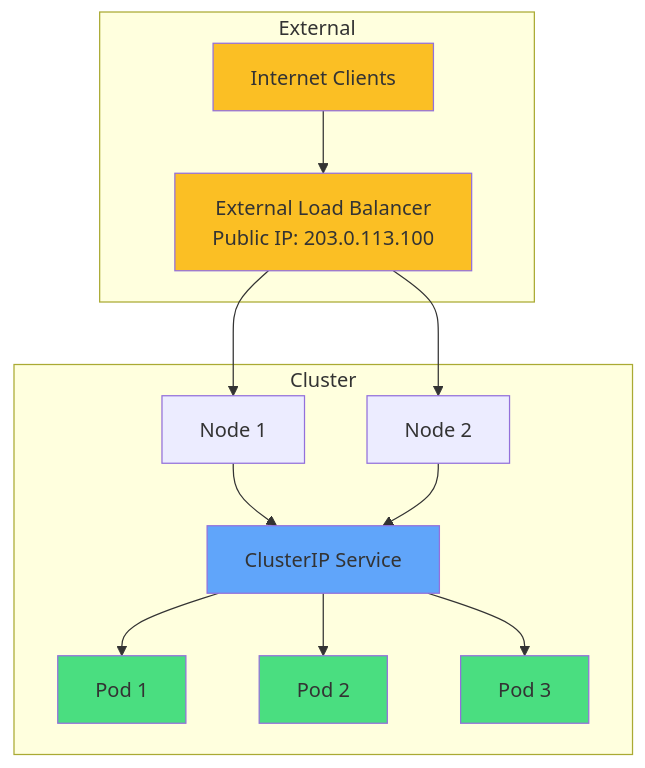
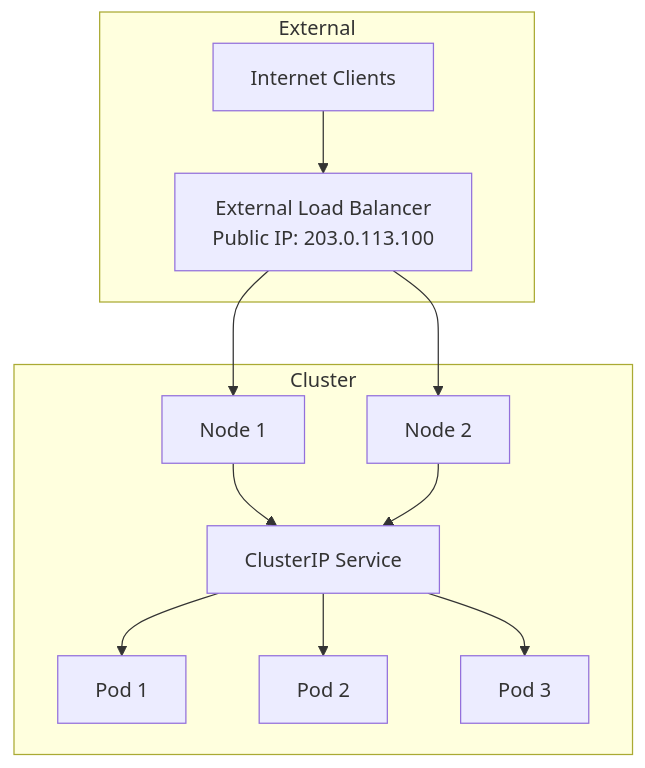
The fifth of 5 diagrams in kubernetes/introduction_about_kubernetes_and_basics.mdx (TechnoBureau/docs), drawn with Mermaid before and after one commit. The commit also changed other lines of this file and 5 other files, not shown here.

````diff
--- a/kubernetes/introduction_about_kubernetes_and_basics.mdx
+++ b/kubernetes/introduction_about_kubernetes_and_basics.mdx
@@ -385,32 +375,26 @@
 ```mermaid
 graph TB
     subgraph "External"
         A[External Load Balancer<br/>Public IP: 203.0.113.100]
         B[Internet Clients]
     end
     
     subgraph "Cluster"
         C[Node 1]
         D[Node 2]
         E[ClusterIP Service]
         F[Pod 1]
         G[Pod 2]
         H[Pod 3]
     end
     
     B --> A
     A --> C
     A --> D
     C --> E
     D --> E
     E --> F
     E --> G
     E --> H
     
-    style A fill:#fbbf24
-    style B fill:#fbbf24
-    style E fill:#60a5fa
-    style F fill:#4ade80
-    style G fill:#4ade80
-    style H fill:#4ade80
 ```
````
